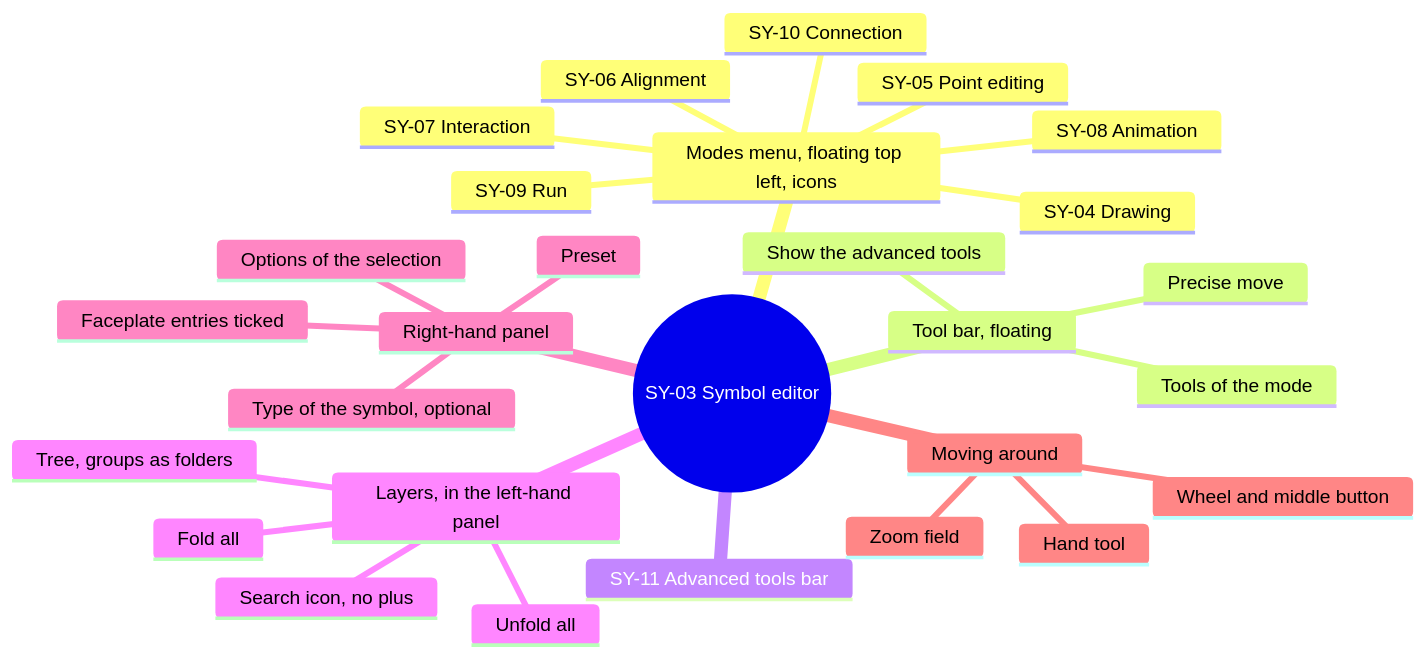
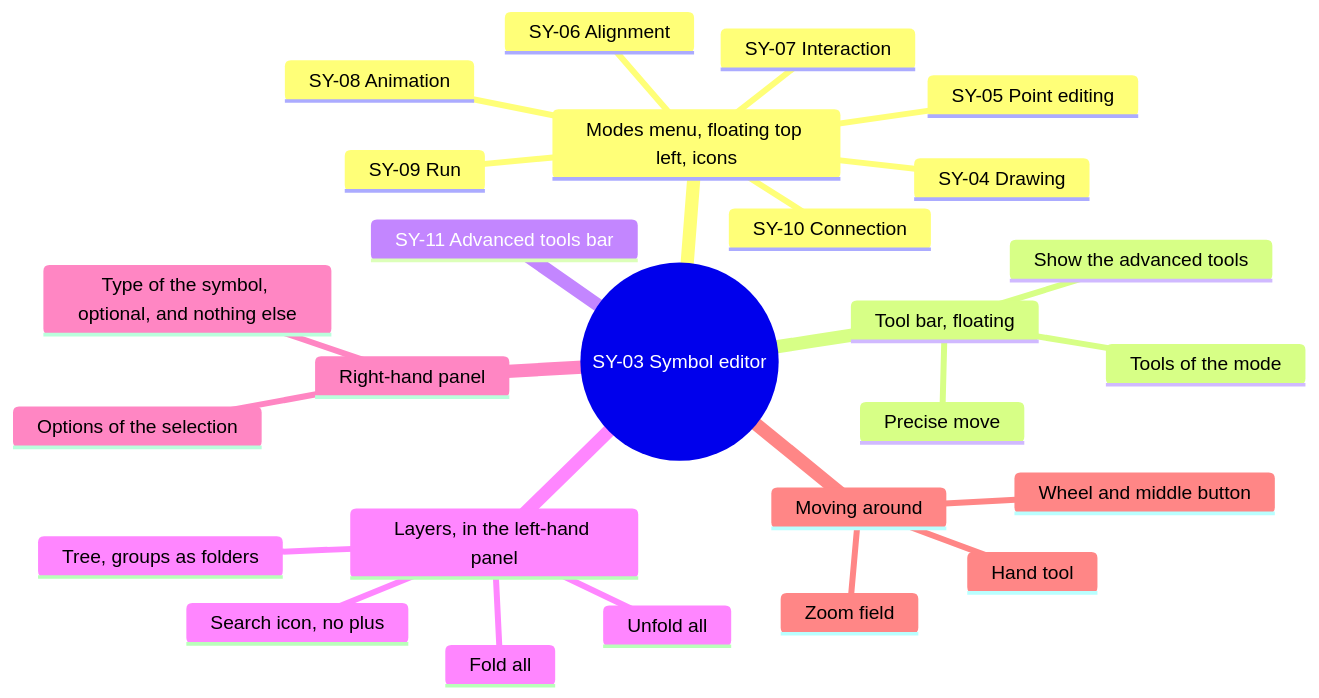
Before and after one commit to AlexandreGallais/synoptic-studio-spec: the fifth of 14 diagrams in screens/symbols.md, drawn with Mermaid. The commit also changed other lines of this file and 81 other files, not shown here.

````diff
--- a/screens/symbols.md
+++ b/screens/symbols.md
@@ -119,31 +118,29 @@
 ```mermaid
 mindmap
   root((SY-03 Symbol editor))
     Modes menu, floating top left, icons
       SY-04 Drawing
       SY-05 Point editing
       SY-10 Connection
       SY-06 Alignment
       SY-08 Animation
       SY-07 Interaction
       SY-09 Run
     Tool bar, floating
       Tools of the mode
       Show the advanced tools
       Precise move
     SY-11 Advanced tools bar
     Layers, in the left-hand panel
       Search icon, no plus
       Unfold all
       Fold all
       Tree, groups as folders
     Right-hand panel
       Options of the selection
-      Type of the symbol, optional
-      Preset
-      Faceplate entries ticked
+      Type of the symbol, optional, and nothing else
     Moving around
       Hand tool
       Wheel and middle button
       Zoom field
 ```
````
